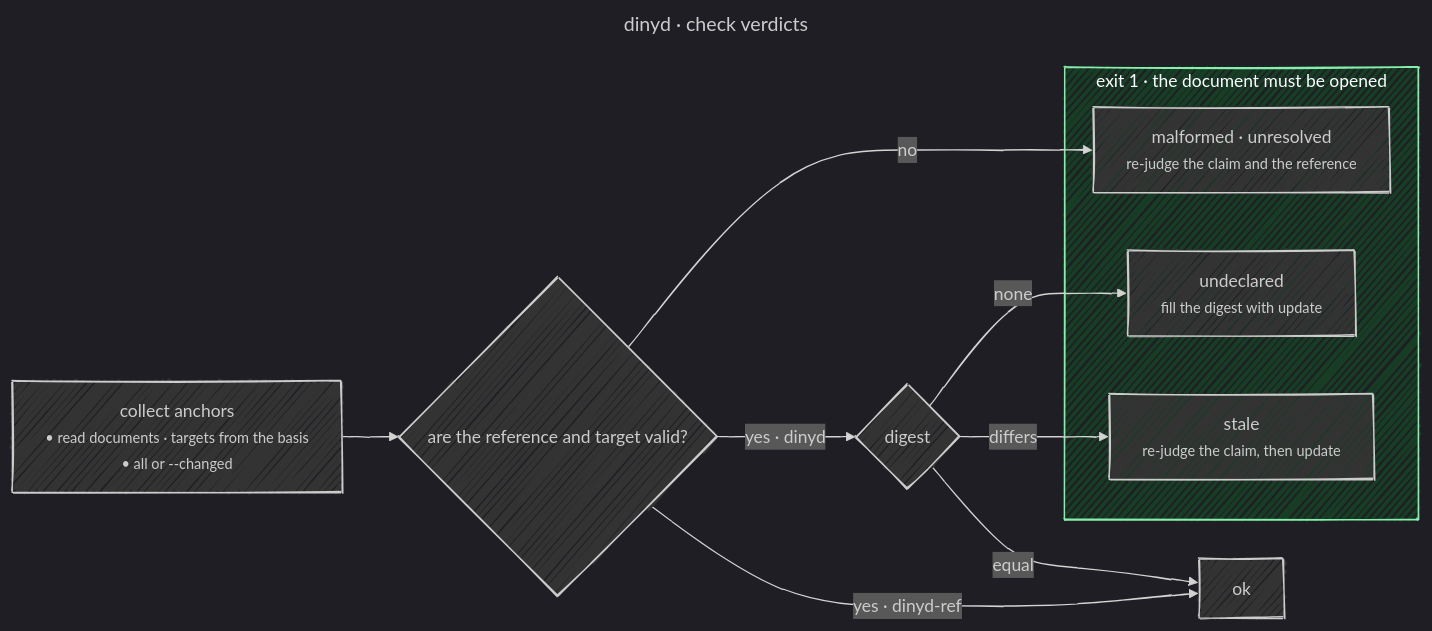
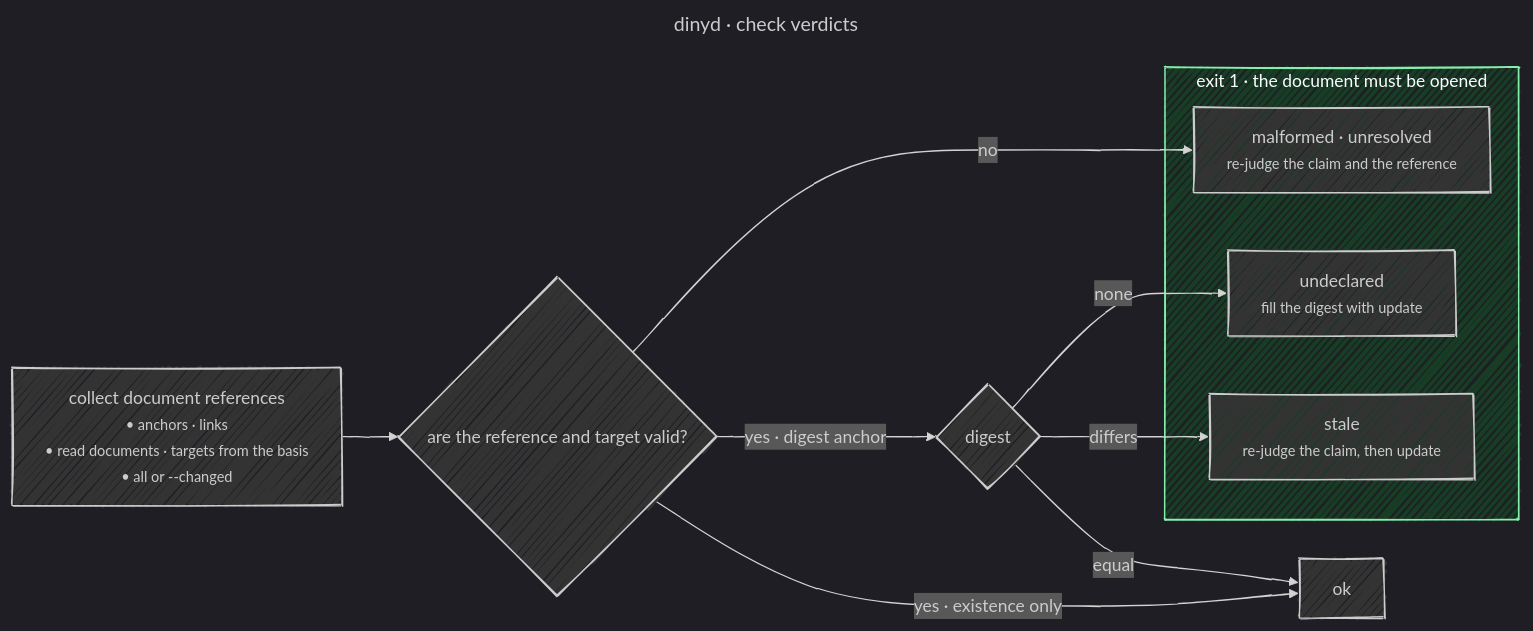
The diagram in blueprint/check.mermaid (undervoke/dinyd), drawn with Mermaid before and after one commit. The commit also changed 12 other files, not shown here.

```diff
--- a/blueprint/check.mermaid
+++ b/blueprint/check.mermaid
@@ -1,42 +1,37 @@
 ---
 title: dinyd · check verdicts
 config:
   look: handDrawn
   handDrawnSeed: 5
   theme: dark
   themeVariables:
     mainBkg: "#333333"
     clusterBkg: "#242424"
   themeCSS: |
     small { display: inline-block; text-align: left; }
   flowchart:
     wrappingWidth: 300
 ---
-%% Behavior authority: this diagram and anchors.mermaid.
-%% Basis: --index (default · for gates) · --worktree (for checking while working) · --rev commit. Documents and targets are read from the same basis. --index and --rev read through the Git CLI (ls-files --stage -z · ls-tree -r -z --full-tree · cat-file --batch) and honor GIT_INDEX_FILE. --worktree reads the disk.
-%% Scope: all (default · for gates) · --changed [--base rev]. --changed selects only anchors · links in changed documents and those whose target path changed (deletions · renames included). Without --base it compares against HEAD; with --rev, --base is required. Malformed anchors are always included.
-%% Invalid: a malformed anchor or unit declaration (malformed); a target that is missing · matches two or more · is a disallowed entry (symlink · gitlink · intent-to-add under --index · unmerged under --index · --worktree) · fails to parse · is a unit not paired exactly once (unresolved); a link that names no existing path (unresolved). dinyd-ref also accepts a directory as its target.
-%% The digest is recomputed with the mode recorded in the anchor (s1 · b1 · d1).
-%% Failure output is one line per anchor (document path → selector: verdict + next step), or per distinct failing link destination (document path → link destination as written: verdict + next step), with no line numbers or document content. Usage and read errors exit 2 with a message on stderr.
+%% Behavior authority: check.md.
 flowchart LR
-  Collect["collect anchors<br/><small>• read documents · targets from the basis<br/>• all or --changed</small>"]
+  Collect["collect document references<br/><small>• anchors · links<br/>• read documents · targets from the basis<br/>• all or --changed</small>"]
   Found{"are the reference and target valid?"}
   Digest{"digest"}
   Ok["ok"]
 
   subgraph Fail["exit 1 · the document must be opened"]
     Broken["malformed · unresolved<br/><small>re-judge the claim and the reference</small>"]
     Undeclared["undeclared<br/><small>fill the digest with update</small>"]
     Stale["stale<br/><small>re-judge the claim, then update</small>"]
   end
 
   Collect --> Found
   Found -->|no| Broken
-  Found -->|yes · dinyd-ref| Ok
-  Found -->|yes · dinyd| Digest
+  Found -->|yes · existence only| Ok
+  Found -->|yes · digest anchor| Digest
   Digest -->|none| Undeclared
   Digest -->|differs| Stale
   Digest -->|equal| Ok
 
   classDef em fill:#173d25,stroke:#86efac
   class Fail em
```
